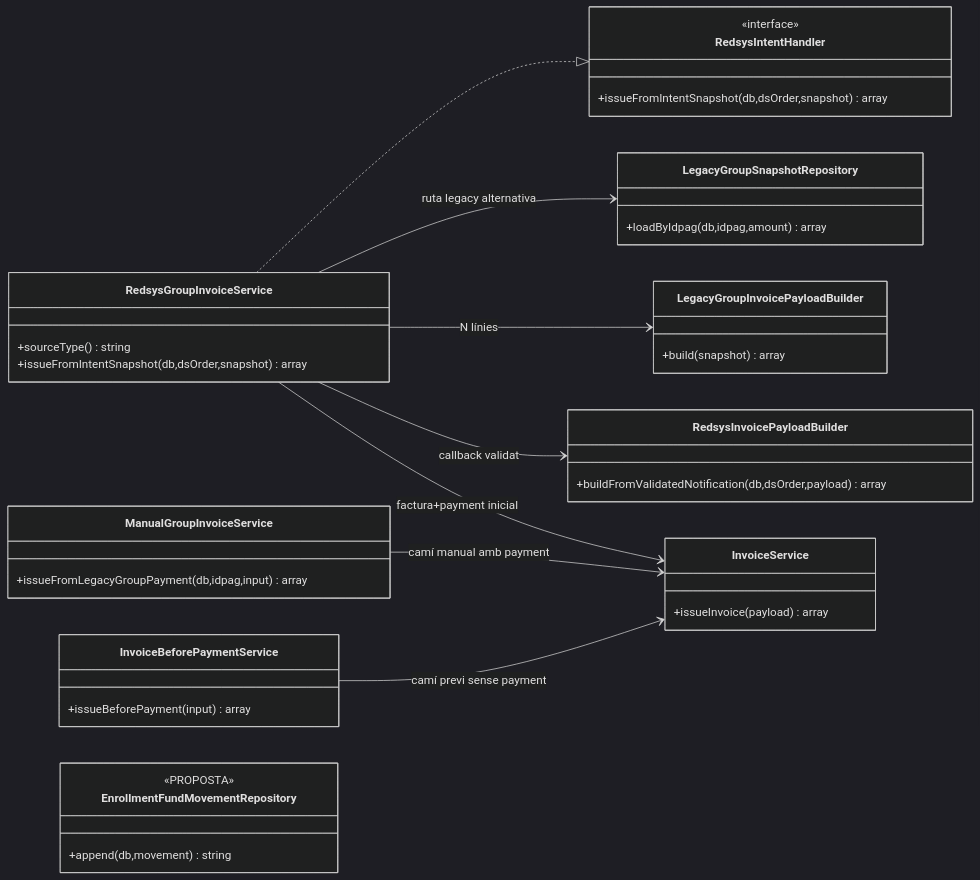
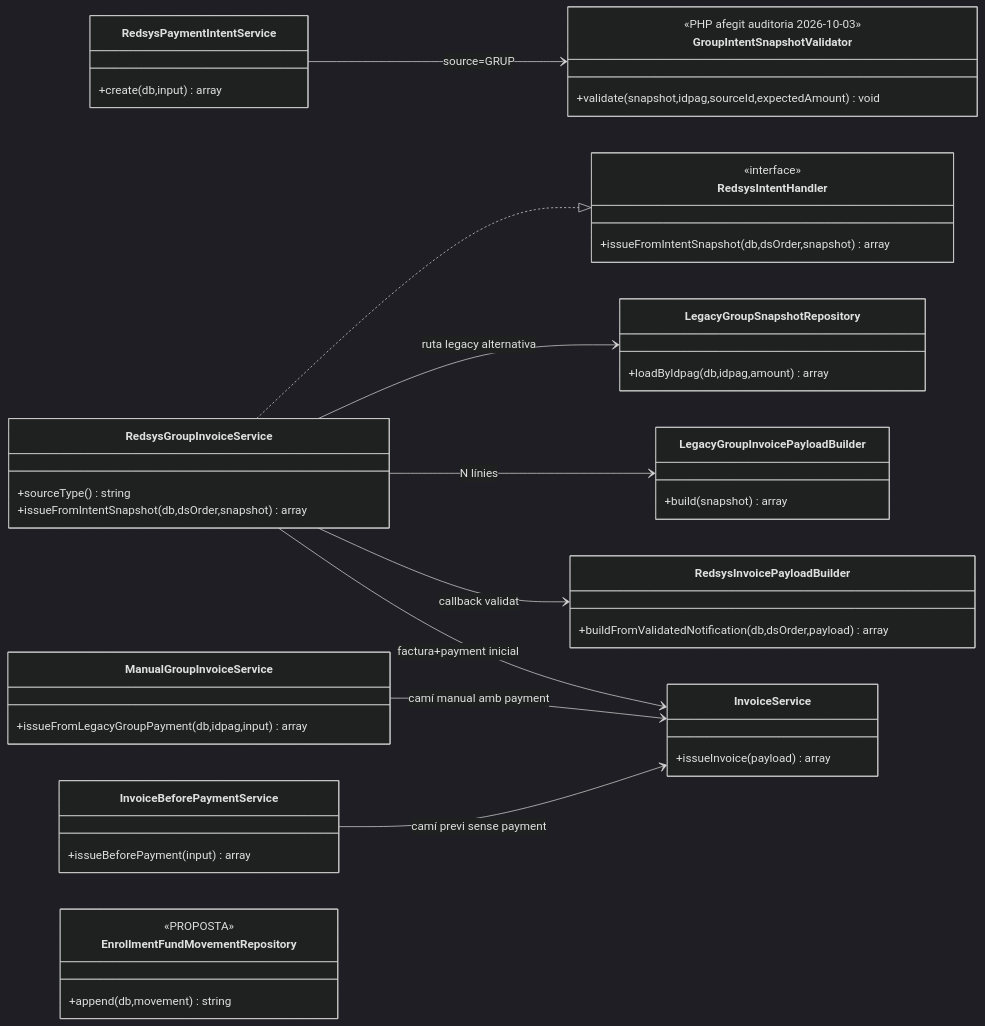
The third of 6 diagrams in documentacio/07-uml-integrat/uc-016-facturar-grup.md (orgmeriemprismacat-del/verifactu), drawn with Mermaid (dark theme) before and after one commit. The commit also changed other lines of this file, not shown here.

Commit message:
UC-016 reconcile UML with audited implementation

````diff
--- a/documentacio/07-uml-integrat/uc-016-facturar-grup.md
+++ b/documentacio/07-uml-integrat/uc-016-facturar-grup.md
@@ -128,41 +128,49 @@
 ```mermaid
 classDiagram
 direction LR
+class RedsysPaymentIntentService {
+ +create(db,input) array
+}
+class GroupIntentSnapshotValidator {
+ <<PHP afegit auditoria 2026-10-03>>
+ +validate(snapshot,idpag,sourceId,expectedAmount) void
+}
 class RedsysGroupInvoiceService {
  +sourceType() string
  +issueFromIntentSnapshot(db,dsOrder,snapshot) array
 }
 class RedsysIntentHandler {
  <<interface>>
  +issueFromIntentSnapshot(db,dsOrder,snapshot) array
 }
 class LegacyGroupInvoicePayloadBuilder {
  +build(snapshot) array
 }
 class LegacyGroupSnapshotRepository {
  +loadByIdpag(db,idpag,amount) array
 }
 class RedsysInvoicePayloadBuilder {
  +buildFromValidatedNotification(db,dsOrder,payload) array
 }
 class ManualGroupInvoiceService {
  +issueFromLegacyGroupPayment(db,idpag,input) array
 }
 class InvoiceBeforePaymentService {
  +issueBeforePayment(input) array
 }
 class InvoiceService {
  +issueInvoice(payload) array
 }
 class EnrollmentFundMovementRepository {
  <<PROPOSTA>>
  +append(db,movement) string
 }
+RedsysPaymentIntentService --> GroupIntentSnapshotValidator : source=GRUP
 RedsysGroupInvoiceService ..|> RedsysIntentHandler
 RedsysGroupInvoiceService --> LegacyGroupSnapshotRepository : ruta legacy alternativa
 RedsysGroupInvoiceService --> LegacyGroupInvoicePayloadBuilder : N línies
 RedsysGroupInvoiceService --> RedsysInvoicePayloadBuilder : callback validat
 RedsysGroupInvoiceService --> InvoiceService : factura+payment inicial
 ManualGroupInvoiceService --> InvoiceService : camí manual amb payment
 InvoiceBeforePaymentService --> InvoiceService : camí previ sense payment
 ```
````
